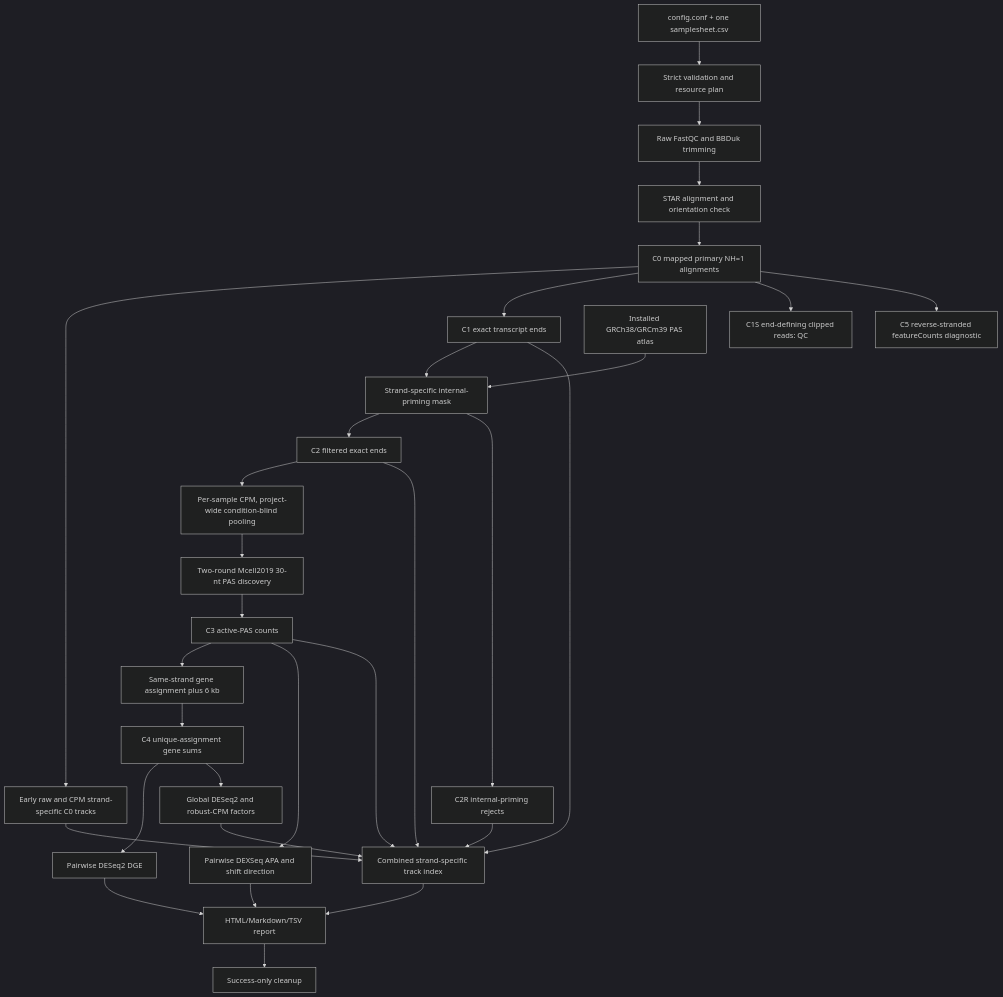
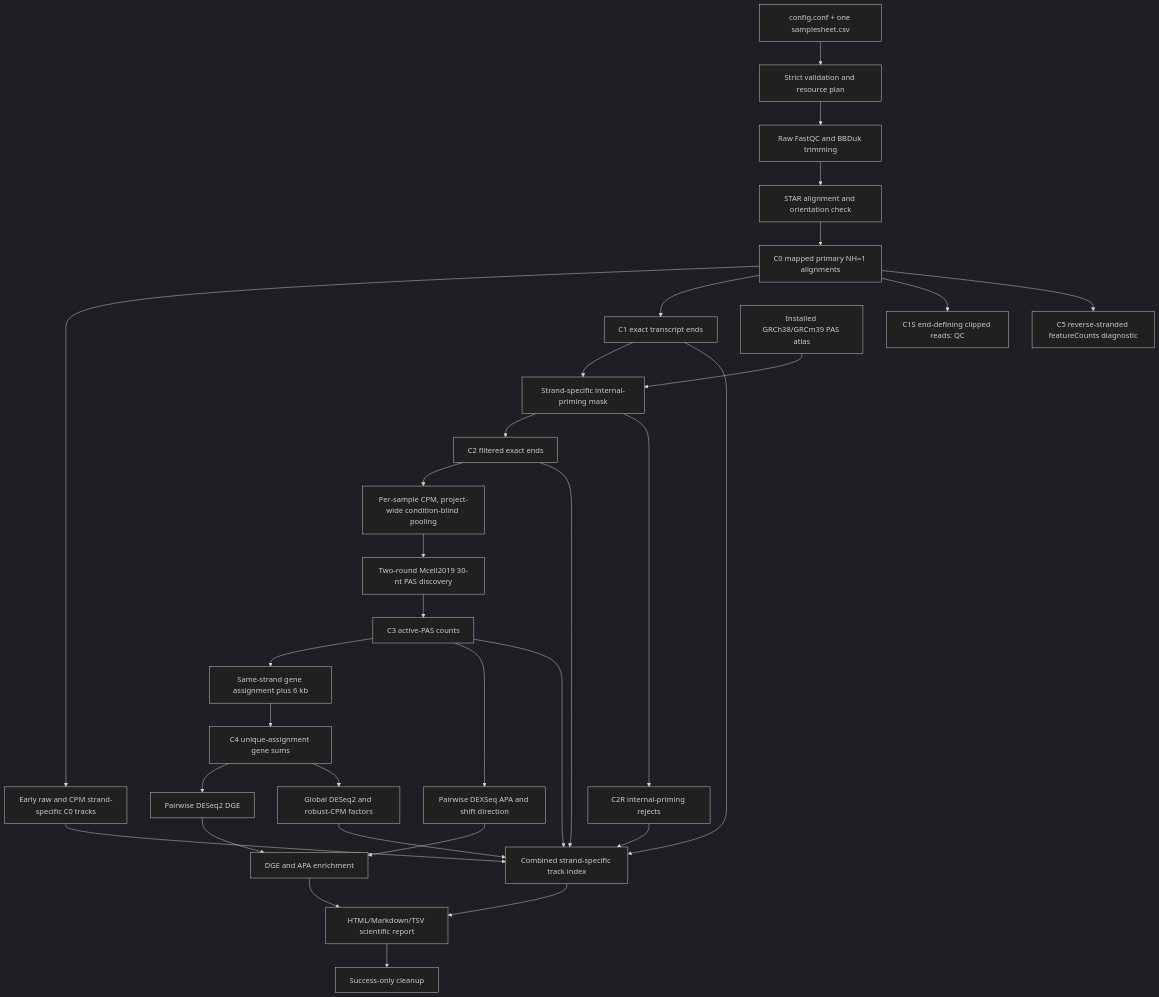
One commit to MichalGd/rna_ends2tracks changed the diagram in README.md. Above: the diagram before and after it, drawn with Mermaid (dark theme). The commit also changed other lines of this file and 28 other files, not shown here.

Commit message:
Add alpha.10 scientific reports and enrichment

````diff
--- a/README.md
+++ b/README.md
@@ -23,33 +23,34 @@
 ```mermaid
 flowchart TD
     SS[config.conf + one samplesheet.csv] --> V[Strict validation and resource plan]
     V --> QT[Raw FastQC and BBDuk trimming]
     QT --> STAR[STAR alignment and orientation check]
     STAR --> C0[C0 mapped primary NH=1 alignments]
     C0 --> C0TRACKS[Early raw and CPM strand-specific C0 tracks]
     C0 --> C1[C1 exact transcript ends]
     C0 --> C1S[C1S end-defining clipped reads: QC]
     C1 --> MASK[Strand-specific internal-priming mask]
     ATLAS[Installed GRCh38/GRCm39 PAS atlas] --> MASK
     MASK --> C2[C2 filtered exact ends]
     MASK --> C2R[C2R internal-priming rejects]
     C2 --> POOL[Per-sample CPM, project-wide condition-blind pooling]
     POOL --> PAS[Two-round Mcell2019 30-nt PAS discovery]
     PAS --> C3[C3 active-PAS counts]
     C3 --> ASSIGN[Same-strand gene assignment plus 6 kb]
     ASSIGN --> C4[C4 unique-assignment gene sums]
     C0 --> C5[C5 reverse-stranded featureCounts diagnostic]
     C4 --> DGE[Pairwise DESeq2 DGE]
     C3 --> APA[Pairwise DEXSeq APA and shift direction]
     C4 --> SF[Global DESeq2 and robust-CPM factors]
     C0TRACKS --> TRACKS[Combined strand-specific track index]
     C1 --> TRACKS
     C2 --> TRACKS
     C2R --> TRACKS
     C3 --> TRACKS
     SF --> TRACKS
-    DGE --> REPORT[HTML/Markdown/TSV report]
-    APA --> REPORT
+    DGE --> ENRICH[DGE and APA enrichment]
+    APA --> ENRICH
+    ENRICH --> REPORT[HTML/Markdown/TSV scientific report]
     TRACKS --> REPORT
     REPORT --> CLEAN[Success-only cleanup]
 ```
````
